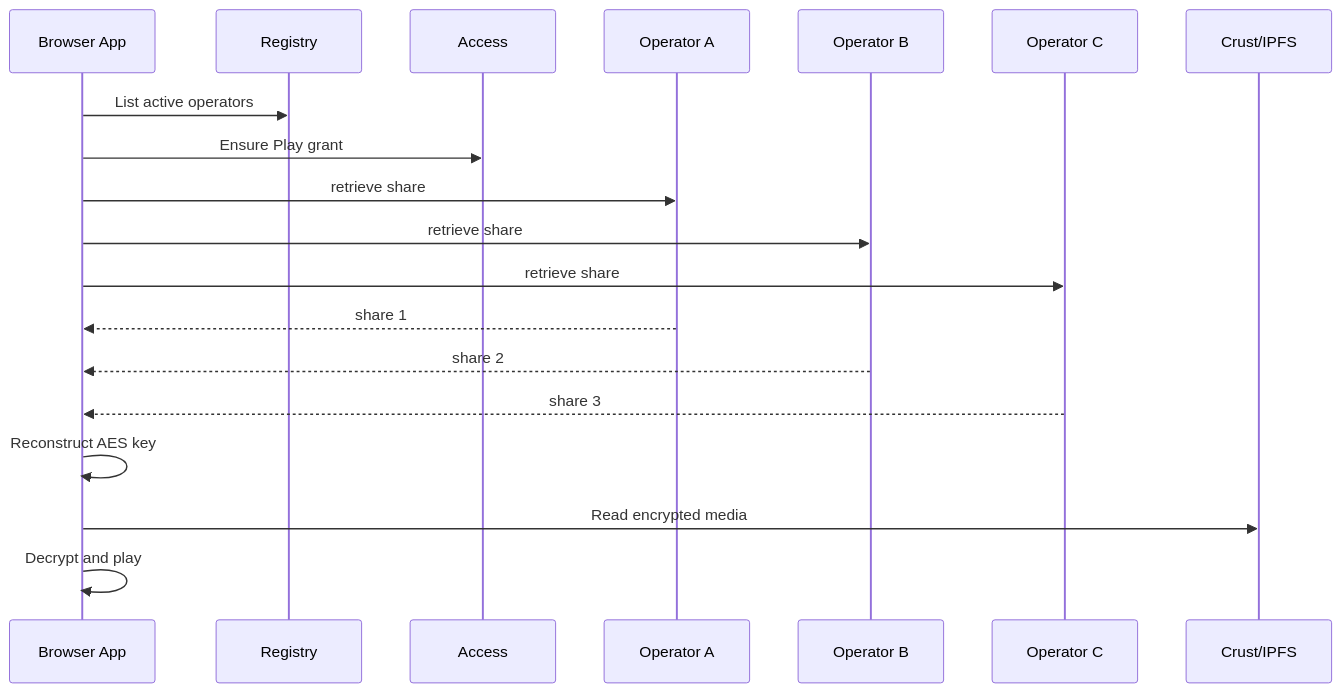
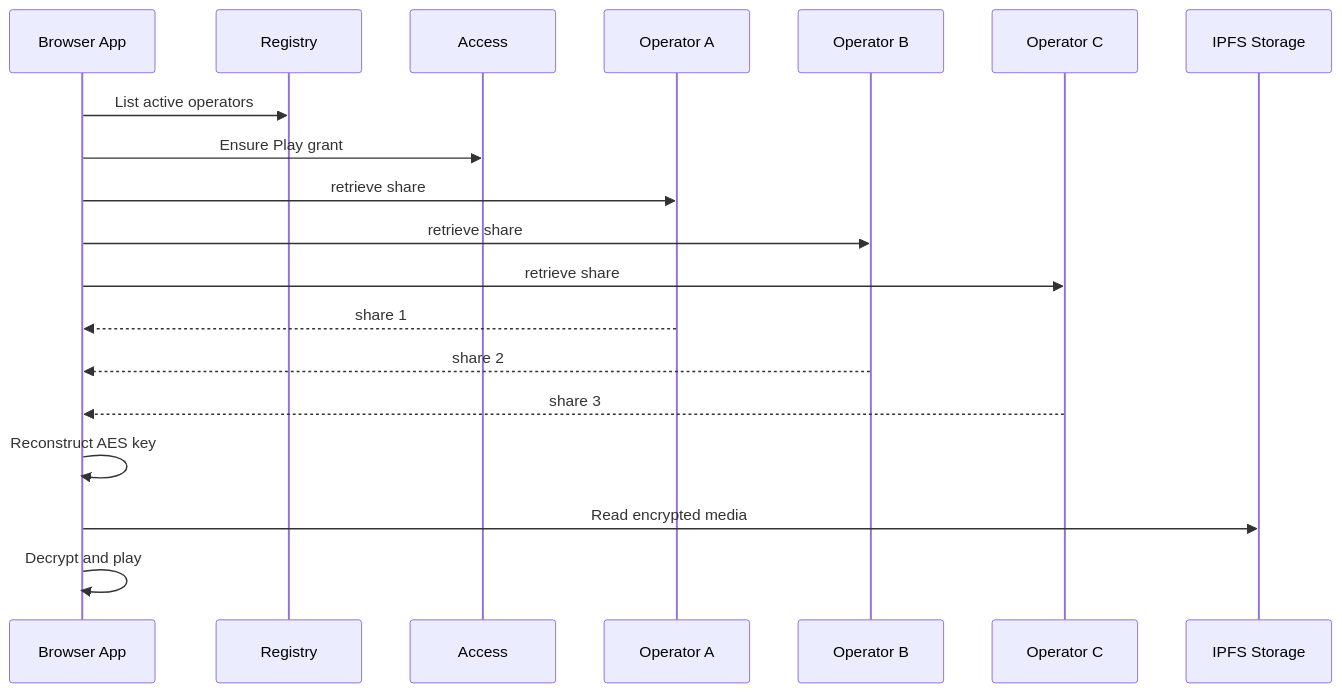
Before and after one commit to 4rmus/youtick: the diagram in docs/architecture/storage.md, drawn with Mermaid. The commit also changed other lines of this file and 32 other files, not shown here.

````diff
--- a/docs/architecture/storage.md
+++ b/docs/architecture/storage.md
@@ -69,22 +71,22 @@
 ```mermaid
 sequenceDiagram
     participant APP as Browser App
     participant REG as Registry
     participant A as Access
     participant OA as Operator A
     participant OB as Operator B
     participant OC as Operator C
-    participant IPFS as Crust/IPFS
+    participant IPFS as IPFS Storage
 
     APP->>REG: List active operators
     APP->>A: Ensure Play grant
     APP->>OA: retrieve share
     APP->>OB: retrieve share
     APP->>OC: retrieve share
     OA-->>APP: share 1
     OB-->>APP: share 2
     OC-->>APP: share 3
     APP->>APP: Reconstruct AES key
     APP->>IPFS: Read encrypted media
     APP->>APP: Decrypt and play
 ```
````
